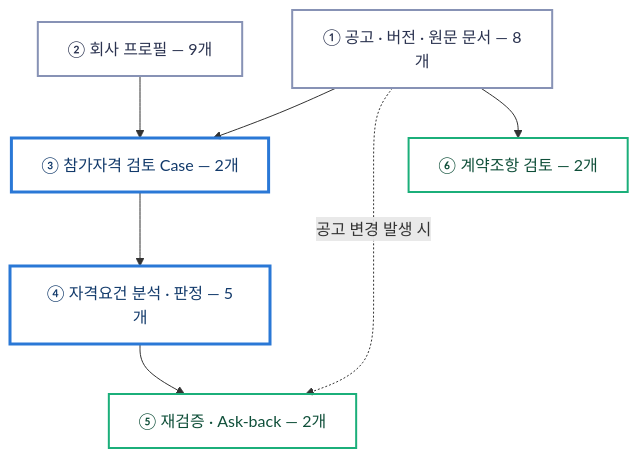
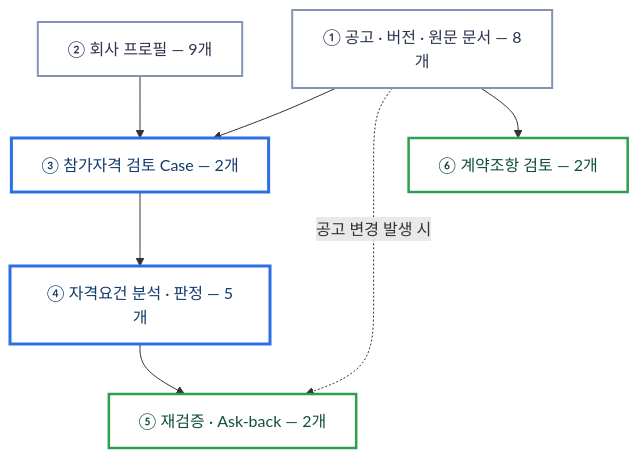
The fourth of 10 diagrams in README.md (SKNETWORKS-FAMILY-AICAMP/SKN34-3rd-4Team), drawn with Mermaid before and after one commit. The commit also changed other lines of this file and 2 other files, not shown here.

Commit message:
docs: 이용안내·회사 프로필 캡처 추가, Mermaid 색 팔레트 통일

````diff
--- a/README.md
+++ b/README.md
@@ -377,23 +411,27 @@
 ```mermaid
 flowchart TB
     A["① 공고 · 버전 · 원문 문서 — 8개"]
     B["② 회사 프로필 — 9개"]
     C["③ 참가자격 검토 Case — 2개"]
     D["④ 자격요건 분석 · 판정 — 5개"]
     E["⑤ 재검증 · Ask-back — 2개"]
     F["⑥ 계약조항 검토 — 2개"]
 
     A --> C
     B --> C
     C --> D
     D --> E
     A -. "공고 변경 발생 시" .-> E
     A --> F
 
-    classDef src fill:none,stroke:#8792b5,stroke-width:2px,color:#2b3350
-    classDef core fill:none,stroke:#2a78d6,stroke-width:3px,color:#123a6b
-    classDef out fill:none,stroke:#1baf7a,stroke-width:2px,color:#0f4f39
+    classDef core  fill:none,stroke:#2F6FE4,stroke-width:3px,color:#123A6B
+    classDef llm   fill:none,stroke:#DD7B2B,stroke-width:3px,color:#6B4A00
+    classDef safe  fill:none,stroke:#2E9E4F,stroke-width:2.5px,color:#0F4F39
+    classDef src   fill:none,stroke:#8792B5,stroke-width:2px,color:#2B3350
+    classDef plain fill:none,stroke:#B9BCCB,stroke-width:1.5px,color:#2B3350
+    classDef zone  fill:none,stroke:#C9CFDC,stroke-width:1px,color:#5C6270
+
     class A,B src
     class C,D core
-    class E,F out
+    class E,F safe
 ```
````
